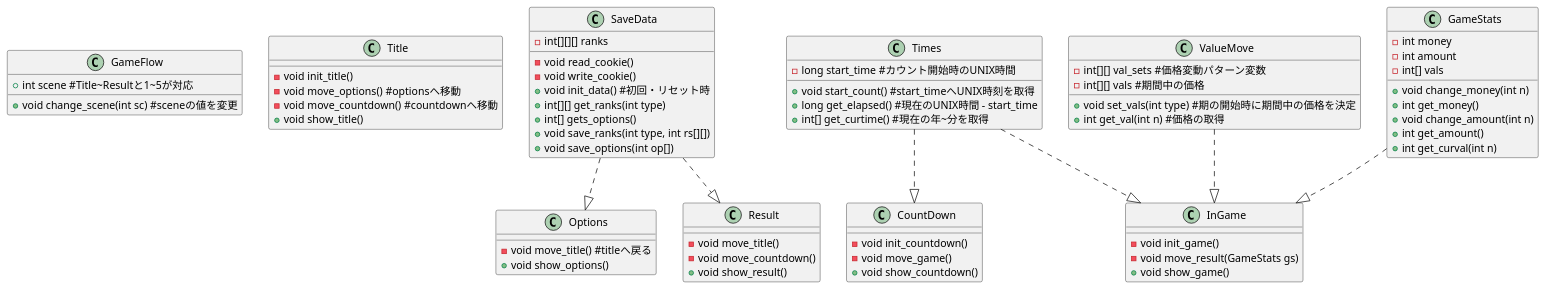
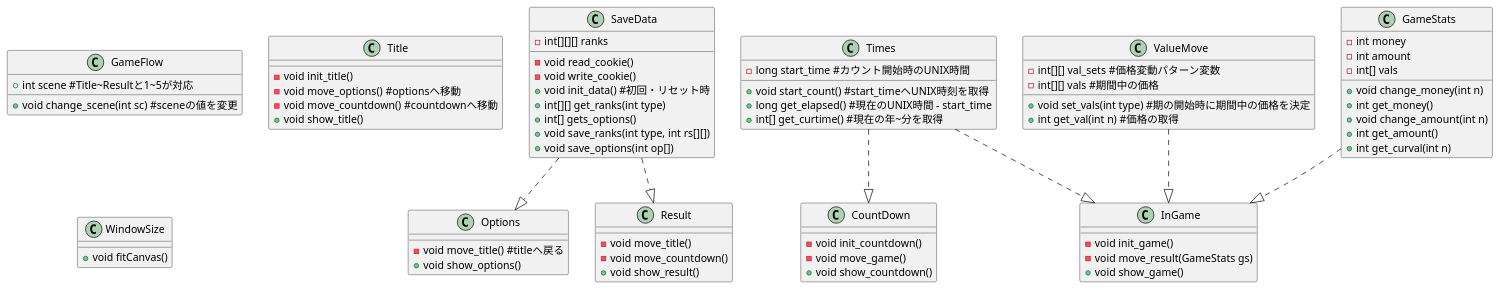
Before and after one commit to AkihoMinegishi/speedtrader: the diagram in teigi.pu, drawn with PlantUML. The commit also changed 1 other file, not shown here.

```diff
--- a/teigi.pu
+++ b/teigi.pu
@@ -1,84 +1,88 @@
 @startuml
 class GameFlow {
   +int scene #Title~Resultと1~5が対応
 
   +void change_scene(int sc) #sceneの値を変更
 }
 
 class Title {
   -void init_title()
   -void move_options() #optionsへ移動
   -void move_countdown() #countdownへ移動
   +void show_title()
 }
 
 class Options {
   -void move_title() #titleへ戻る
   +void show_options()
 }
 
 class CountDown {
   -void init_countdown()
   -void move_game()
   +void show_countdown()
 }
 
 class InGame {
   -void init_game()
   -void move_result(GameStats gs)
   +void show_game()
 }
 
 class Result {
   -void move_title()
   -void move_countdown()
   +void show_result()
 }
 
 class SaveData {
   -int[][][] ranks
 
   -void read_cookie()
   -void write_cookie()
   +void init_data() #初回・リセット時
   +int[][] get_ranks(int type)
   +int[] gets_options()
   +void save_ranks(int type, int rs[][])
   +void save_options(int op[])
 }
 
 class ValueMove {
   -int[][] val_sets #価格変動パターン変数
   -int[][] vals #期間中の価格
 
   +void set_vals(int type) #期の開始時に期間中の価格を決定
   +int get_val(int n) #価格の取得
 }
 
 class GameStats {
   -int money
   -int amount
   -int[] vals
 
   +void change_money(int n)
   +int get_money()
   +void change_amount(int n)
   +int get_amount()
   +int get_curval(int n)
 }
 
 class Times {
   -long start_time #カウント開始時のUNIX時間
 
   +void start_count() #start_timeへUNIX時刻を取得
   +long get_elapsed() #現在のUNIX時間 - start_time
   +int[] get_curtime() #現在の年~分を取得
 }
 
+class WindowSize {
+  +void fitCanvas()
+}
+
 ValueMove ..|> InGame
 Times ..|> CountDown
 Times ..|> InGame
 GameStats ..|> InGame
 SaveData ..|> Options
 SaveData ..|> Result
 @enduml
```
